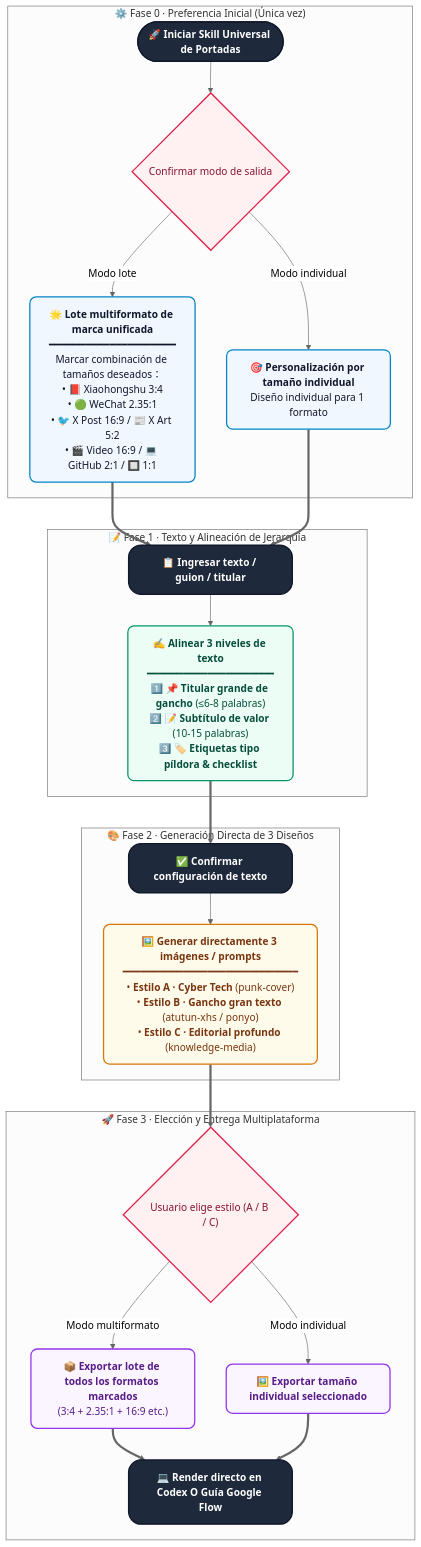
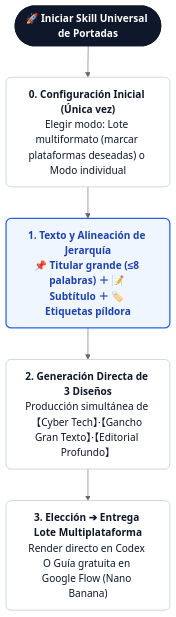
One commit to kaomei/cover-studio changed the first of 2 diagrams in README.es.md. Above: the diagram before and after it, drawn with Mermaid (neutral theme). The commit also changed 7 other files, not shown here.

Commit message:
refactor(docs): streamline interaction workflow diagram into a clean, minimalist 4-step linear pipeline with zero visual noise

````diff
--- a/README.es.md
+++ b/README.es.md
@@ -39,48 +39,13 @@
 ```mermaid
 flowchart TD
-    classDef setupBox fill:#f0f7ff,stroke:#0284c7,stroke-width:2px,color:#0f172a,rx:10px,ry:10px;
-    classDef textBox fill:#ecfdf5,stroke:#059669,stroke-width:2px,color:#064e3b,rx:10px,ry:10px;
-    classDef genBox fill:#fffbeb,stroke:#d97706,stroke-width:2px,color:#78350f,rx:10px,ry:10px;
-    classDef deliverBox fill:#faf5ff,stroke:#9333ea,stroke-width:2px,color:#581c87,rx:10px,ry:10px;
-    classDef decision fill:#fff1f2,stroke:#e11d48,stroke-width:2px,color:#881337,rx:6px,ry:6px;
-    classDef action fill:#1e293b,stroke:#0f172a,stroke-width:2px,color:#ffffff,font-weight:bold,rx:20px,ry:20px;
+    classDef default fill:#ffffff,stroke:#e2e8f0,stroke-width:1.5px,color:#1e293b,rx:8px,ry:8px;
+    classDef startNode fill:#0f172a,stroke:#0f172a,stroke-width:2px,color:#ffffff,font-weight:bold,rx:20px,ry:20px;
+    classDef stepNode fill:#ffffff,stroke:#cbd5e1,stroke-width:1.5px,color:#0f172a,rx:8px,ry:8px;
+    classDef highlightNode fill:#eff6ff,stroke:#2563eb,stroke-width:2px,color:#1e40af,font-weight:bold,rx:8px,ry:8px;
 
-    subgraph S0 ["⚙️ Fase 0 · Preferencia Inicial (Única vez)"]
-        A0(["🚀 Iniciar Skill Universal de Portadas"]):::action
-        A1{"Confirmar modo de salida"}:::decision
-        A2["🌟 <b>Lote multiformato de marca unificada</b><br/>━━━━━━━━━━━━━━━━━━━━━<br/>Marcar combinación de tamaños deseados：<br/>• 📕 Xiaohongshu 3:4<br/>• 🟢 WeChat 2.35:1<br/>• 🐦 X Post 16:9 / 📰 X Art 5:2<br/>• 🎬 Video 16:9 / 💻 GitHub 2:1 / 🔲 1:1"]:::setupBox
-        A3["🎯 <b>Personalización por tamaño individual</b><br/>Diseño individual para 1 formato"]:::setupBox
-        A0 --> A1
-        A1 -->|"Modo lote"| A2
-        A1 -->|"Modo individual"| A3
-    end
-
-    subgraph S1 ["📝 Fase 1 · Texto y Alineación de Jerarquía"]
-        B0["📋 Ingresar texto / guion / titular"]:::action
-        B1["✍️ <b>Alinear 3 niveles de texto</b><br/>━━━━━━━━━━━━━━━━━━━━━<br/>1️⃣ 📌 <b>Titular grande de gancho</b> (≤6-8 palabras)<br/>2️⃣ 📝 <b>Subtítulo de valor</b> (10-15 palabras)<br/>3️⃣ 🏷️ <b>Etiquetas tipo píldora & checklist</b>"]:::textBox
-        B0 --> B1
-    end
-
-    subgraph S2 ["🎨 Fase 2 · Generación Directa de 3 Diseños"]
-        C0["✅ Confirmar configuración de texto"]:::action
-        C1["🖼️ <b>Generar directamente 3 imágenes / prompts</b><br/>━━━━━━━━━━━━━━━━━━━━━━━━━━━━━<br/>• <b>Estilo A · Cyber Tech</b> (punk-cover)<br/>• <b>Estilo B · Gancho gran texto</b> (atutun-xhs / ponyo)<br/>• <b>Estilo C · Editorial profundo</b> (knowledge-media)"]:::genBox
-        C0 --> C1
-    end
-
-    subgraph S3 ["🚀 Fase 3 · Elección y Entrega Multiplataforma"]
-        D0{"Usuario elige estilo (A / B / C)"}:::decision
-        D1["📦 <b>Exportar lote de todos los formatos marcados</b><br/>(3:4 + 2.35:1 + 16:9 etc.)"]:::deliverBox
-        D2["🖼️ <b>Exportar tamaño individual seleccionado</b>"]:::deliverBox
-        D3["💻 <b>Render directo en Codex O Guía Google Flow</b>"]:::action
-
-        D0 -->|"Modo multiformato"| D1
-        D0 -->|"Modo individual"| D2
-        D1 ==> D3
-        D2 ==> D3
-    end
-
-    A2 ==> B0
-    A3 ==> B0
-    B1 ==> C0
-    C1 ==> D0
+    A0(["🚀 Iniciar Skill Universal de Portadas"]):::startNode
+    --> A1["<b>0. Configuración Inicial (Única vez)</b><br/>Elegir modo: Lote multiformato (marcar plataformas deseadas) o Modo individual"]:::stepNode
+    --> A2["<b>1. Texto y Alineación de Jerarquía</b><br/>📌 Titular grande (≤8 palabras) ＋ 📝 Subtítulo ＋ 🏷️ Etiquetas píldora"]:::highlightNode
+    --> A3["<b>2. Generación Directa de 3 Diseños</b><br/>Producción simultánea de 【Cyber Tech】·【Gancho Gran Texto】·【Editorial Profundo】"]:::stepNode
+    --> A4["<b>3. Elección ➔ Entrega Lote Multiplataforma</b><br/>Render directo en Codex O Guía gratuita en Google Flow (Nano Banana)"]:::stepNode
 ```
````
